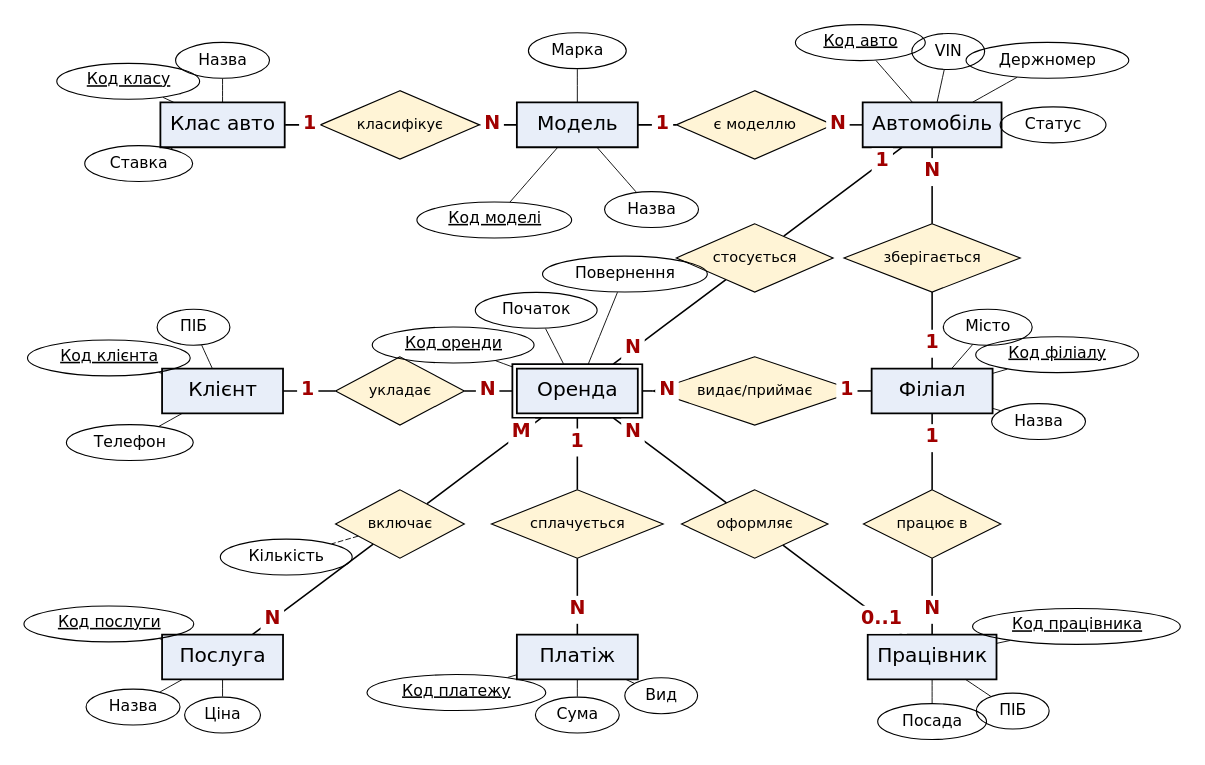
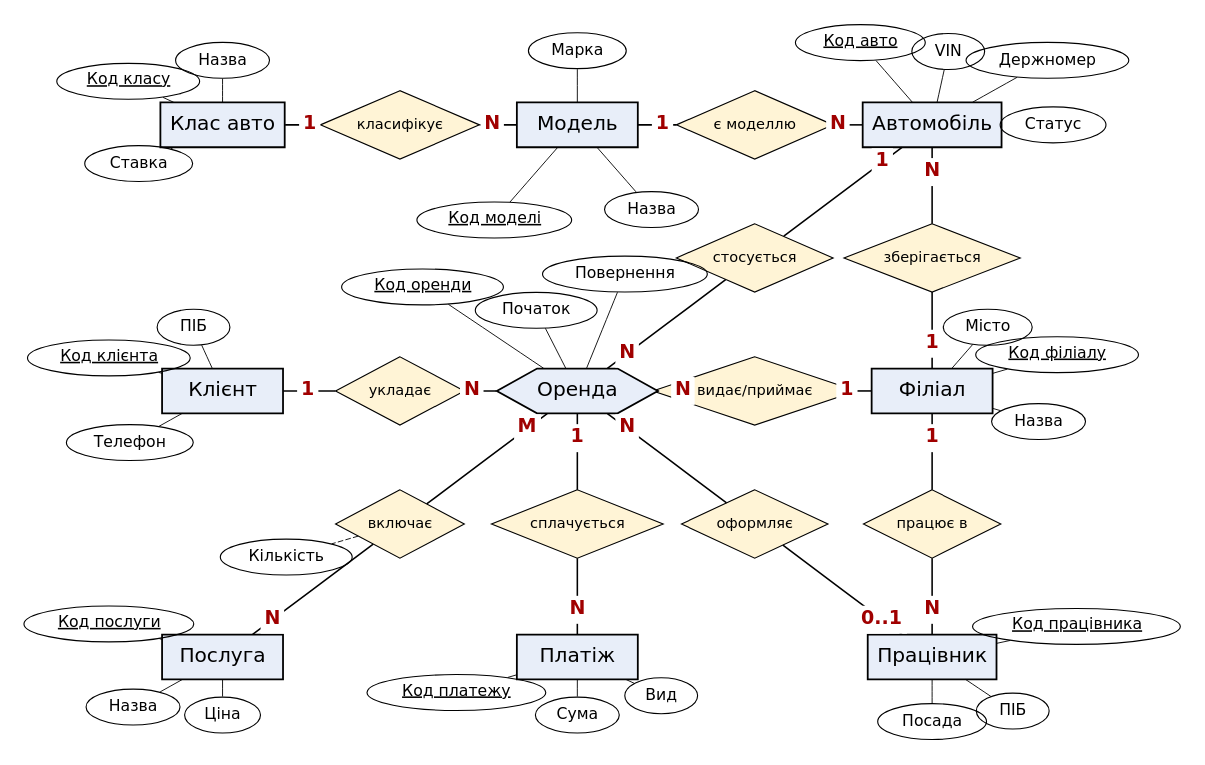
One commit to brizzinck/krinzhrepoduta changed the diagram in db/pr-1.1/er_infological.dot. Above: the diagram before and after it, drawn with Graphviz. The commit also changed 35 other files, not shown here.

Commit message:
fix(db): rerun evidence with real commands and correct ER notation

```diff
--- a/db/pr-1.1/er_infological.dot
+++ b/db/pr-1.1/er_infological.dot
@@ -1,101 +1,101 @@
 graph infological {
   layout=neato; splines=false; overlap=true; pad=0.2;
   node [fontname="DejaVu Sans", fontsize=13]; edge [fontname="DejaVu Sans", fontsize=13, fontcolor="#a00000", labeldistance=2.0, labelangle=0];
-  class [label="Клас авто", shape=box, style=filled, fillcolor="#e8eef9", penwidth=1.6, peripheries=1, width=1.5, height=0.55, fontsize=18, pos="0.00,6.60!"];
+  class [label="Клас авто", shape=box, style=filled, fillcolor="#e8eef9", penwidth=1.6, width=1.5, height=0.55, fontsize=18, pos="0.00,6.60!"];
   class_a0 [label=<<U>Код класу</U>>, shape=ellipse, fontsize=14, width=0.9, height=0.4, pos="-1.17,7.14!"];
   class -- class_a0 [penwidth=0.8];
   class_a1 [label="Назва", shape=ellipse, fontsize=14, width=0.9, height=0.4, pos="0.00,7.40!"];
   class -- class_a1 [penwidth=0.8];
   class_a2 [label="Ставка", shape=ellipse, fontsize=14, width=0.9, height=0.4, pos="-1.04,6.12!"];
   class -- class_a2 [penwidth=0.8];
-  model [label="Модель", shape=box, style=filled, fillcolor="#e8eef9", penwidth=1.6, peripheries=1, width=1.5, height=0.55, fontsize=18, pos="4.40,6.60!"];
+  model [label="Модель", shape=box, style=filled, fillcolor="#e8eef9", penwidth=1.6, width=1.5, height=0.55, fontsize=18, pos="4.40,6.60!"];
   model_a0 [label=<<U>Код моделі</U>>, shape=ellipse, fontsize=14, width=0.9, height=0.4, pos="3.37,5.42!"];
   model -- model_a0 [penwidth=0.8];
   model_a1 [label="Марка", shape=ellipse, fontsize=14, width=0.9, height=0.4, pos="4.40,7.52!"];
   model -- model_a1 [penwidth=0.8];
   model_a2 [label="Назва", shape=ellipse, fontsize=14, width=0.9, height=0.4, pos="5.32,5.55!"];
   model -- model_a2 [penwidth=0.8];
-  car [label="Автомобіль", shape=box, style=filled, fillcolor="#e8eef9", penwidth=1.6, peripheries=1, width=1.5, height=0.55, fontsize=18, pos="8.80,6.60!"];
+  car [label="Автомобіль", shape=box, style=filled, fillcolor="#e8eef9", penwidth=1.6, width=1.5, height=0.55, fontsize=18, pos="8.80,6.60!"];
   car_a0 [label=<<U>Код авто</U>>, shape=ellipse, fontsize=14, width=0.9, height=0.4, pos="7.91,7.62!"];
   car -- car_a0 [penwidth=0.8];
   car_a1 [label="VIN", shape=ellipse, fontsize=14, width=0.9, height=0.4, pos="9.00,7.51!"];
   car -- car_a1 [penwidth=0.8];
   car_a2 [label="Держномер", shape=ellipse, fontsize=14, width=0.9, height=0.4, pos="10.23,7.40!"];
   car -- car_a2 [penwidth=0.8];
   car_a3 [label="Статус", shape=ellipse, fontsize=14, width=0.9, height=0.4, pos="10.30,6.60!"];
   car -- car_a3 [penwidth=0.8];
-  branch [label="Філіал", shape=box, style=filled, fillcolor="#e8eef9", penwidth=1.6, peripheries=1, width=1.5, height=0.55, fontsize=18, pos="8.80,3.30!"];
+  branch [label="Філіал", shape=box, style=filled, fillcolor="#e8eef9", penwidth=1.6, width=1.5, height=0.55, fontsize=18, pos="8.80,3.30!"];
   branch_a0 [label=<<U>Код філіалу</U>>, shape=ellipse, fontsize=14, width=0.9, height=0.4, pos="10.35,3.75!"];
   branch -- branch_a0 [penwidth=0.8];
   branch_a1 [label="Назва", shape=ellipse, fontsize=14, width=0.9, height=0.4, pos="10.12,2.92!"];
   branch -- branch_a1 [penwidth=0.8];
   branch_a2 [label="Місто", shape=ellipse, fontsize=14, width=0.9, height=0.4, pos="9.49,4.09!"];
   branch -- branch_a2 [penwidth=0.8];
-  emp [label="Працівник", shape=box, style=filled, fillcolor="#e8eef9", penwidth=1.6, peripheries=1, width=1.5, height=0.55, fontsize=18, pos="8.80,0.00!"];
+  emp [label="Працівник", shape=box, style=filled, fillcolor="#e8eef9", penwidth=1.6, width=1.5, height=0.55, fontsize=18, pos="8.80,0.00!"];
   emp_a0 [label=<<U>Код працівника</U>>, shape=ellipse, fontsize=14, width=0.9, height=0.4, pos="10.59,0.38!"];
   emp -- emp_a0 [penwidth=0.8];
   emp_a1 [label="ПІБ", shape=ellipse, fontsize=14, width=0.9, height=0.4, pos="9.80,-0.67!"];
   emp -- emp_a1 [penwidth=0.8];
   emp_a2 [label="Посада", shape=ellipse, fontsize=14, width=0.9, height=0.4, pos="8.80,-0.80!"];
   emp -- emp_a2 [penwidth=0.8];
-  cust [label="Клієнт", shape=box, style=filled, fillcolor="#e8eef9", penwidth=1.6, peripheries=1, width=1.5, height=0.55, fontsize=18, pos="0.00,3.30!"];
+  cust [label="Клієнт", shape=box, style=filled, fillcolor="#e8eef9", penwidth=1.6, width=1.5, height=0.55, fontsize=18, pos="0.00,3.30!"];
   cust_a0 [label=<<U>Код клієнта</U>>, shape=ellipse, fontsize=14, width=0.9, height=0.4, pos="-1.41,3.71!"];
   cust -- cust_a0 [penwidth=0.8];
   cust_a1 [label="ПІБ", shape=ellipse, fontsize=14, width=0.9, height=0.4, pos="-0.36,4.09!"];
   cust -- cust_a1 [penwidth=0.8];
   cust_a2 [label="Телефон", shape=ellipse, fontsize=14, width=0.9, height=0.4, pos="-1.15,2.66!"];
   cust -- cust_a2 [penwidth=0.8];
-  rent [label="Оренда", shape=box, style=filled, fillcolor="#e8eef9", penwidth=1.6, peripheries=2, width=1.5, height=0.55, fontsize=18, pos="4.40,3.30!"];
-  rent_a0 [label=<<U>Код оренди</U>>, shape=ellipse, fontsize=14, width=0.9, height=0.4, pos="2.86,3.87!"];
+  rent [label="Оренда", shape=hexagon, style=filled, fillcolor="#e8eef9", penwidth=1.6, width=1.5, height=0.55, fontsize=18, pos="4.40,3.30!"];
+  rent_a0 [label=<<U>Код оренди</U>>, shape=ellipse, fontsize=14, width=0.9, height=0.4, pos="2.48,4.59!"];
   rent -- rent_a0 [penwidth=0.8];
   rent_a1 [label="Початок", shape=ellipse, fontsize=14, width=0.9, height=0.4, pos="3.89,4.30!"];
   rent -- rent_a1 [penwidth=0.8];
   rent_a2 [label="Повернення", shape=ellipse, fontsize=14, width=0.9, height=0.4, pos="4.99,4.75!"];
   rent -- rent_a2 [penwidth=0.8];
-  pay [label="Платіж", shape=box, style=filled, fillcolor="#e8eef9", penwidth=1.6, peripheries=1, width=1.5, height=0.55, fontsize=18, pos="4.40,0.00!"];
+  pay [label="Платіж", shape=box, style=filled, fillcolor="#e8eef9", penwidth=1.6, width=1.5, height=0.55, fontsize=18, pos="4.40,0.00!"];
   pay_a0 [label=<<U>Код платежу</U>>, shape=ellipse, fontsize=14, width=0.9, height=0.4, pos="2.90,-0.44!"];
   pay -- pay_a0 [penwidth=0.8];
   pay_a1 [label="Сума", shape=ellipse, fontsize=14, width=0.9, height=0.4, pos="4.40,-0.72!"];
   pay -- pay_a1 [penwidth=0.8];
   pay_a2 [label="Вид", shape=ellipse, fontsize=14, width=0.9, height=0.4, pos="5.44,-0.48!"];
   pay -- pay_a2 [penwidth=0.8];
-  extra [label="Послуга", shape=box, style=filled, fillcolor="#e8eef9", penwidth=1.6, peripheries=1, width=1.5, height=0.55, fontsize=18, pos="0.00,0.00!"];
+  extra [label="Послуга", shape=box, style=filled, fillcolor="#e8eef9", penwidth=1.6, width=1.5, height=0.55, fontsize=18, pos="0.00,0.00!"];
   extra_a0 [label=<<U>Код послуги</U>>, shape=ellipse, fontsize=14, width=0.9, height=0.4, pos="-1.41,0.41!"];
   extra -- extra_a0 [penwidth=0.8];
   extra_a1 [label="Назва", shape=ellipse, fontsize=14, width=0.9, height=0.4, pos="-1.11,-0.62!"];
   extra -- extra_a1 [penwidth=0.8];
   extra_a2 [label="Ціна", shape=ellipse, fontsize=14, width=0.9, height=0.4, pos="-0.00,-0.72!"];
   extra -- extra_a2 [penwidth=0.8];
   r1 [label="класифікує", shape=diamond, style=filled, fillcolor="#fff4d6", fontsize=13, width=1.6, height=0.85, pos="2.20,6.60!"];
   class -- r1 [taillabel=<<TABLE BORDER="0" CELLBORDER="0" CELLPADDING="1" BGCOLOR="white"><TR><TD><FONT POINT-SIZE="17"><B>1</B></FONT></TD></TR></TABLE>>, labeldistance=2.2, labelangle=0, penwidth=1.4];
   model -- r1 [taillabel=<<TABLE BORDER="0" CELLBORDER="0" CELLPADDING="1" BGCOLOR="white"><TR><TD><FONT POINT-SIZE="17"><B>N</B></FONT></TD></TR></TABLE>>, labeldistance=2.2, labelangle=0, penwidth=1.4];
   r2 [label="є моделлю", shape=diamond, style=filled, fillcolor="#fff4d6", fontsize=13, width=1.6, height=0.85, pos="6.60,6.60!"];
   model -- r2 [taillabel=<<TABLE BORDER="0" CELLBORDER="0" CELLPADDING="1" BGCOLOR="white"><TR><TD><FONT POINT-SIZE="17"><B>1</B></FONT></TD></TR></TABLE>>, labeldistance=2.2, labelangle=0, penwidth=1.4];
   car -- r2 [taillabel=<<TABLE BORDER="0" CELLBORDER="0" CELLPADDING="1" BGCOLOR="white"><TR><TD><FONT POINT-SIZE="17"><B>N</B></FONT></TD></TR></TABLE>>, labeldistance=2.2, labelangle=0, penwidth=1.4];
   r3 [label="зберігається", shape=diamond, style=filled, fillcolor="#fff4d6", fontsize=13, width=1.6, height=0.85, pos="8.80,4.95!"];
   branch -- r3 [taillabel=<<TABLE BORDER="0" CELLBORDER="0" CELLPADDING="1" BGCOLOR="white"><TR><TD><FONT POINT-SIZE="17"><B>1</B></FONT></TD></TR></TABLE>>, labeldistance=2.2, labelangle=0, penwidth=1.4];
   car -- r3 [taillabel=<<TABLE BORDER="0" CELLBORDER="0" CELLPADDING="1" BGCOLOR="white"><TR><TD><FONT POINT-SIZE="17"><B>N</B></FONT></TD></TR></TABLE>>, labeldistance=2.2, labelangle=0, penwidth=1.4];
   r4 [label="працює в", shape=diamond, style=filled, fillcolor="#fff4d6", fontsize=13, width=1.6, height=0.85, pos="8.80,1.65!"];
   branch -- r4 [taillabel=<<TABLE BORDER="0" CELLBORDER="0" CELLPADDING="1" BGCOLOR="white"><TR><TD><FONT POINT-SIZE="17"><B>1</B></FONT></TD></TR></TABLE>>, labeldistance=2.2, labelangle=0, penwidth=1.4];
   emp -- r4 [taillabel=<<TABLE BORDER="0" CELLBORDER="0" CELLPADDING="1" BGCOLOR="white"><TR><TD><FONT POINT-SIZE="17"><B>N</B></FONT></TD></TR></TABLE>>, labeldistance=2.2, labelangle=0, penwidth=1.4];
   r5 [label="укладає", shape=diamond, style=filled, fillcolor="#fff4d6", fontsize=13, width=1.6, height=0.85, pos="2.20,3.30!"];
   cust -- r5 [taillabel=<<TABLE BORDER="0" CELLBORDER="0" CELLPADDING="1" BGCOLOR="white"><TR><TD><FONT POINT-SIZE="17"><B>1</B></FONT></TD></TR></TABLE>>, labeldistance=2.2, labelangle=0, penwidth=1.4];
   rent -- r5 [taillabel=<<TABLE BORDER="0" CELLBORDER="0" CELLPADDING="1" BGCOLOR="white"><TR><TD><FONT POINT-SIZE="17"><B>N</B></FONT></TD></TR></TABLE>>, labeldistance=2.2, labelangle=0, penwidth=1.4];
   r6 [label="стосується", shape=diamond, style=filled, fillcolor="#fff4d6", fontsize=13, width=1.6, height=0.85, pos="6.60,4.95!"];
   car -- r6 [taillabel=<<TABLE BORDER="0" CELLBORDER="0" CELLPADDING="1" BGCOLOR="white"><TR><TD><FONT POINT-SIZE="17"><B>1</B></FONT></TD></TR></TABLE>>, labeldistance=2.2, labelangle=0, penwidth=1.4];
   rent -- r6 [taillabel=<<TABLE BORDER="0" CELLBORDER="0" CELLPADDING="1" BGCOLOR="white"><TR><TD><FONT POINT-SIZE="17"><B>N</B></FONT></TD></TR></TABLE>>, labeldistance=2.2, labelangle=0, penwidth=1.4];
   r7 [label="оформляє", shape=diamond, style=filled, fillcolor="#fff4d6", fontsize=13, width=1.6, height=0.85, pos="6.60,1.65!"];
   emp -- r7 [taillabel=<<TABLE BORDER="0" CELLBORDER="0" CELLPADDING="1" BGCOLOR="white"><TR><TD><FONT POINT-SIZE="17"><B>0..1</B></FONT></TD></TR></TABLE>>, labeldistance=2.2, labelangle=0, penwidth=1.4];
   rent -- r7 [taillabel=<<TABLE BORDER="0" CELLBORDER="0" CELLPADDING="1" BGCOLOR="white"><TR><TD><FONT POINT-SIZE="17"><B>N</B></FONT></TD></TR></TABLE>>, labeldistance=2.2, labelangle=0, penwidth=1.4];
   r8 [label="видає/приймає", shape=diamond, style=filled, fillcolor="#fff4d6", fontsize=13, width=1.6, height=0.85, pos="6.60,3.30!"];
   branch -- r8 [taillabel=<<TABLE BORDER="0" CELLBORDER="0" CELLPADDING="1" BGCOLOR="white"><TR><TD><FONT POINT-SIZE="17"><B>1</B></FONT></TD></TR></TABLE>>, labeldistance=2.2, labelangle=0, penwidth=1.4];
   rent -- r8 [taillabel=<<TABLE BORDER="0" CELLBORDER="0" CELLPADDING="1" BGCOLOR="white"><TR><TD><FONT POINT-SIZE="17"><B>N</B></FONT></TD></TR></TABLE>>, labeldistance=2.2, labelangle=0, penwidth=1.4];
   r9 [label="сплачується", shape=diamond, style=filled, fillcolor="#fff4d6", fontsize=13, width=1.6, height=0.85, pos="4.40,1.65!"];
   rent -- r9 [taillabel=<<TABLE BORDER="0" CELLBORDER="0" CELLPADDING="1" BGCOLOR="white"><TR><TD><FONT POINT-SIZE="17"><B>1</B></FONT></TD></TR></TABLE>>, labeldistance=2.2, labelangle=0, penwidth=1.4];
   pay -- r9 [taillabel=<<TABLE BORDER="0" CELLBORDER="0" CELLPADDING="1" BGCOLOR="white"><TR><TD><FONT POINT-SIZE="17"><B>N</B></FONT></TD></TR></TABLE>>, labeldistance=2.2, labelangle=0, penwidth=1.4];
   r10 [label="включає", shape=diamond, style=filled, fillcolor="#fff4d6", fontsize=13, width=1.6, height=0.85, pos="2.20,1.65!"];
   rent -- r10 [taillabel=<<TABLE BORDER="0" CELLBORDER="0" CELLPADDING="1" BGCOLOR="white"><TR><TD><FONT POINT-SIZE="17"><B>M</B></FONT></TD></TR></TABLE>>, labeldistance=2.2, labelangle=0, penwidth=1.4];
   extra -- r10 [taillabel=<<TABLE BORDER="0" CELLBORDER="0" CELLPADDING="1" BGCOLOR="white"><TR><TD><FONT POINT-SIZE="17"><B>N</B></FONT></TD></TR></TABLE>>, labeldistance=2.2, labelangle=0, penwidth=1.4];
   r10_a0 [label="Кількість", shape=ellipse, fontsize=14, width=0.9, height=0.4, pos="0.79,1.24!"];
   r10 -- r10_a0 [penwidth=0.8, style=dashed];
 }
```
